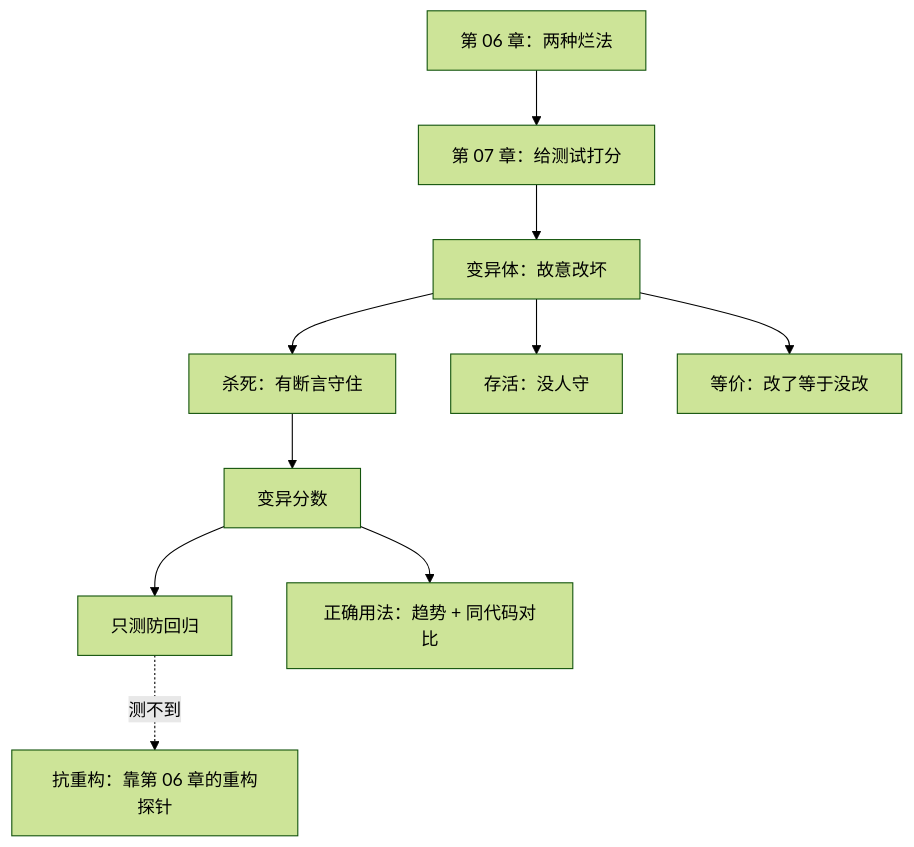
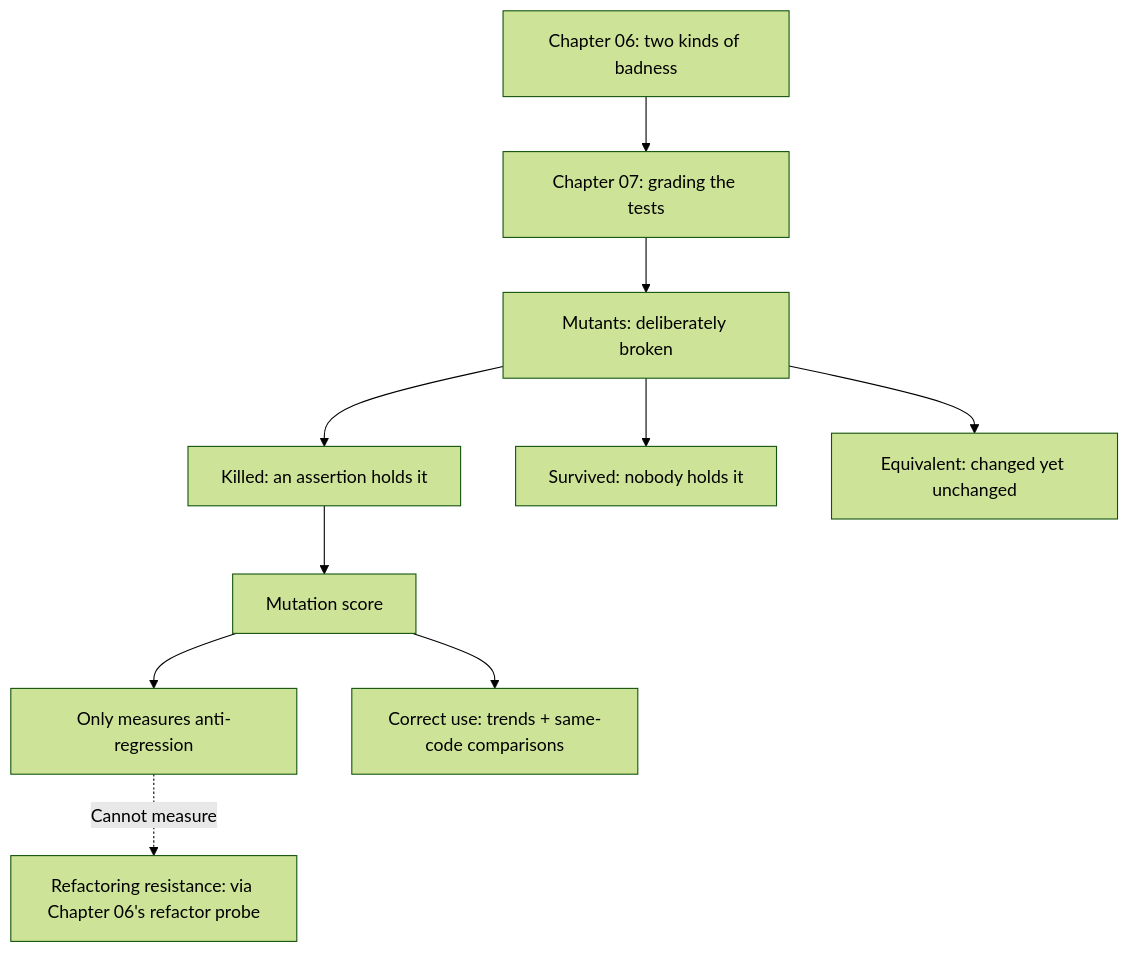
Before and after one commit to xzlxiao/vibe-coding-textbook: the diagram in phase3/chapters/ch07-mutation.md, drawn with Mermaid (forest theme). The commit also changed 12 other files, not shown here.

````diff
--- a/phase3/chapters/ch07-mutation.md
+++ b/phase3/chapters/ch07-mutation.md
@@ -195,12 +195,12 @@
 ```mermaid
 flowchart TD
-    A["第 06 章：两种烂法"] --> B["第 07 章：给测试打分"]
-    B --> C["变异体：故意改坏"]
-    C --> D["杀死：有断言守住"]
-    C --> E["存活：没人守"]
-    C --> F["等价：改了等于没改"]
-    D --> G["变异分数"]
-    G --> H["只测防回归"]
-    H -.->|"测不到"| I["抗重构：靠第 06 章的重构探针"]
-    G --> J["正确用法：趋势 + 同代码对比"]
+    A["Chapter 06: two kinds of badness"] --> B["Chapter 07: grading the tests"]
+    B --> C["Mutants: deliberately broken"]
+    C --> D["Killed: an assertion holds it"]
+    C --> E["Survived: nobody holds it"]
+    C --> F["Equivalent: changed yet unchanged"]
+    D --> G["Mutation score"]
+    G --> H["Only measures anti-regression"]
+    H -.->|"Cannot measure"| I["Refactoring resistance: via Chapter 06's refactor probe"]
+    G --> J["Correct use: trends + same-code comparisons"]
 ```
````
